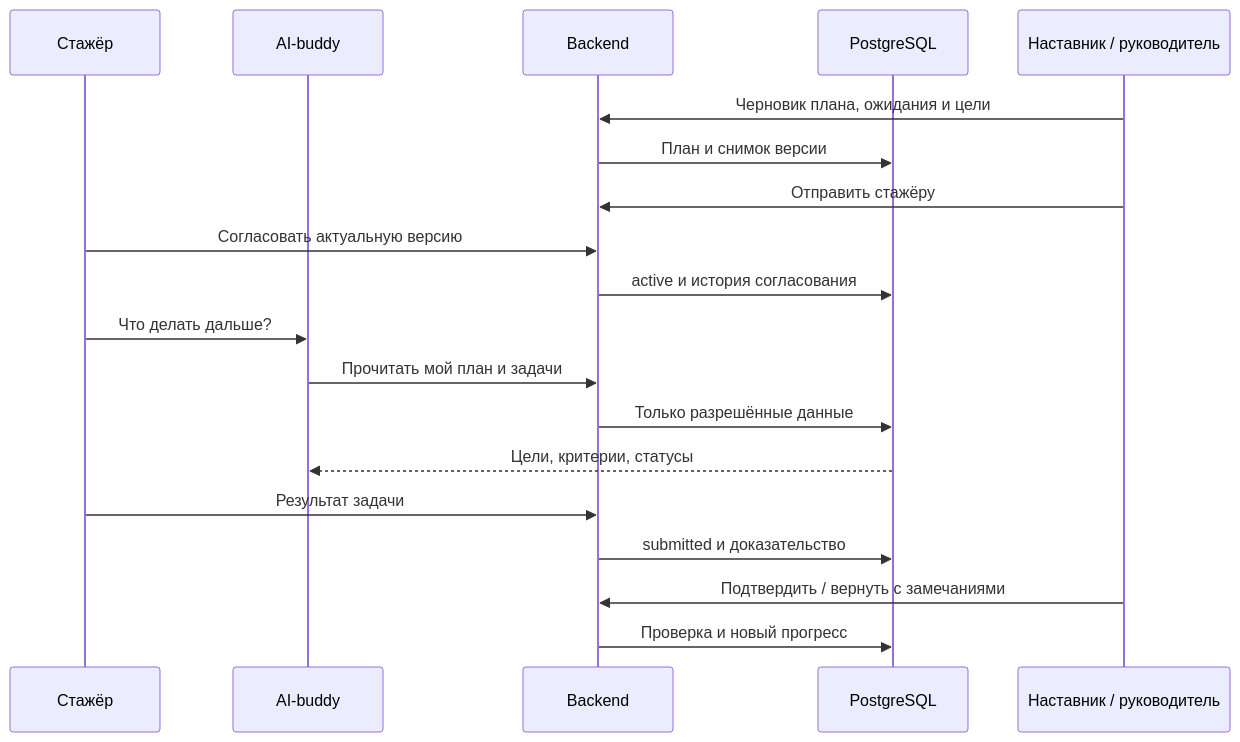
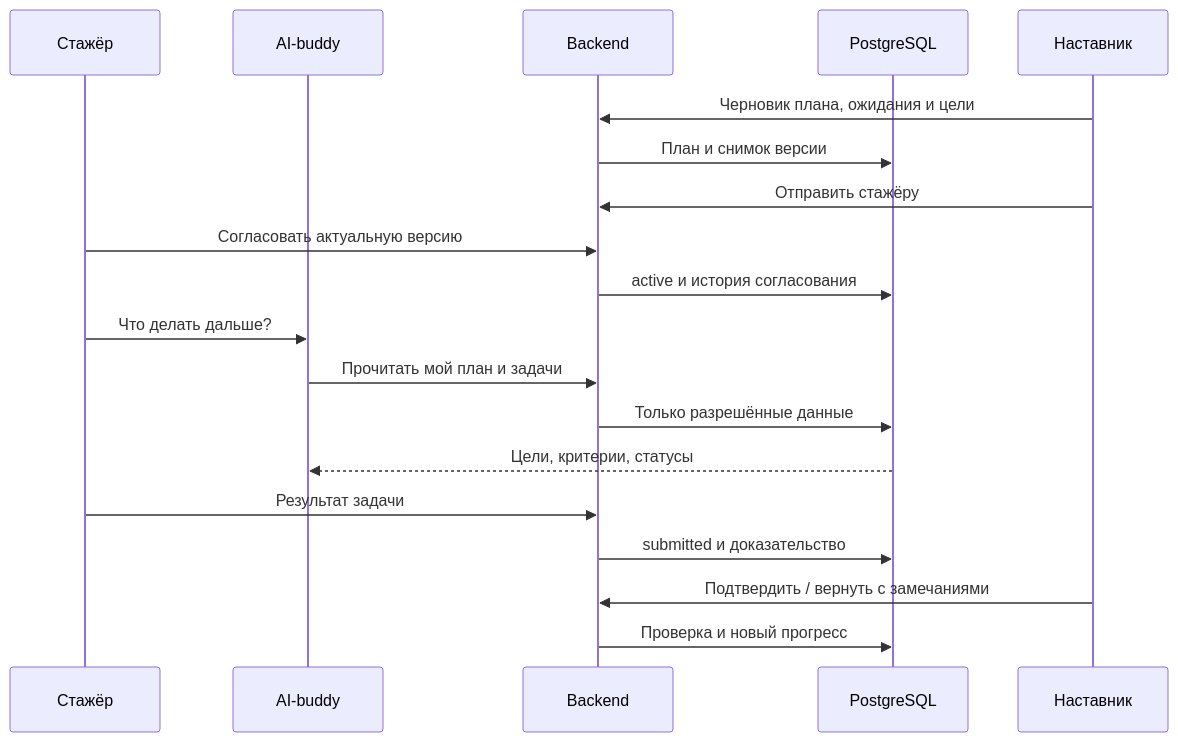
One commit to ilasaa/ai-buddy changed the third of 3 diagrams in docs/specs/adaptation.md. Above: the diagram before and after it, drawn with Mermaid. The commit also changed other lines of this file and 46 other files, not shown here.

````diff
--- a/docs/specs/adaptation.md
+++ b/docs/specs/adaptation.md
@@ -70,21 +70,21 @@
 ```mermaid
 sequenceDiagram
     participant I as Стажёр
     participant AI as AI-buddy
     participant B as Backend
     participant DB as PostgreSQL
-    participant M as Наставник / руководитель
+    participant M as Наставник
     M->>B: Черновик плана, ожидания и цели
     B->>DB: План и снимок версии
     M->>B: Отправить стажёру
     I->>B: Согласовать актуальную версию
     B->>DB: active и история согласования
     I->>AI: Что делать дальше?
     AI->>B: Прочитать мой план и задачи
     B->>DB: Только разрешённые данные
     DB-->>AI: Цели, критерии, статусы
     I->>B: Результат задачи
     B->>DB: submitted и доказательство
     M->>B: Подтвердить / вернуть с замечаниями
     B->>DB: Проверка и новый прогресс
 ```
````
